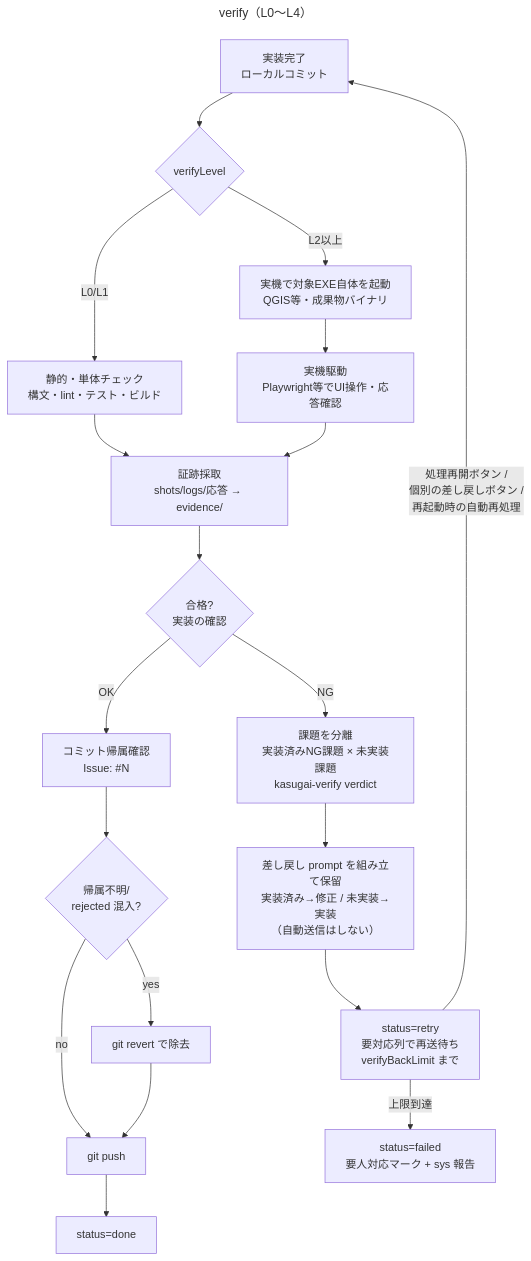
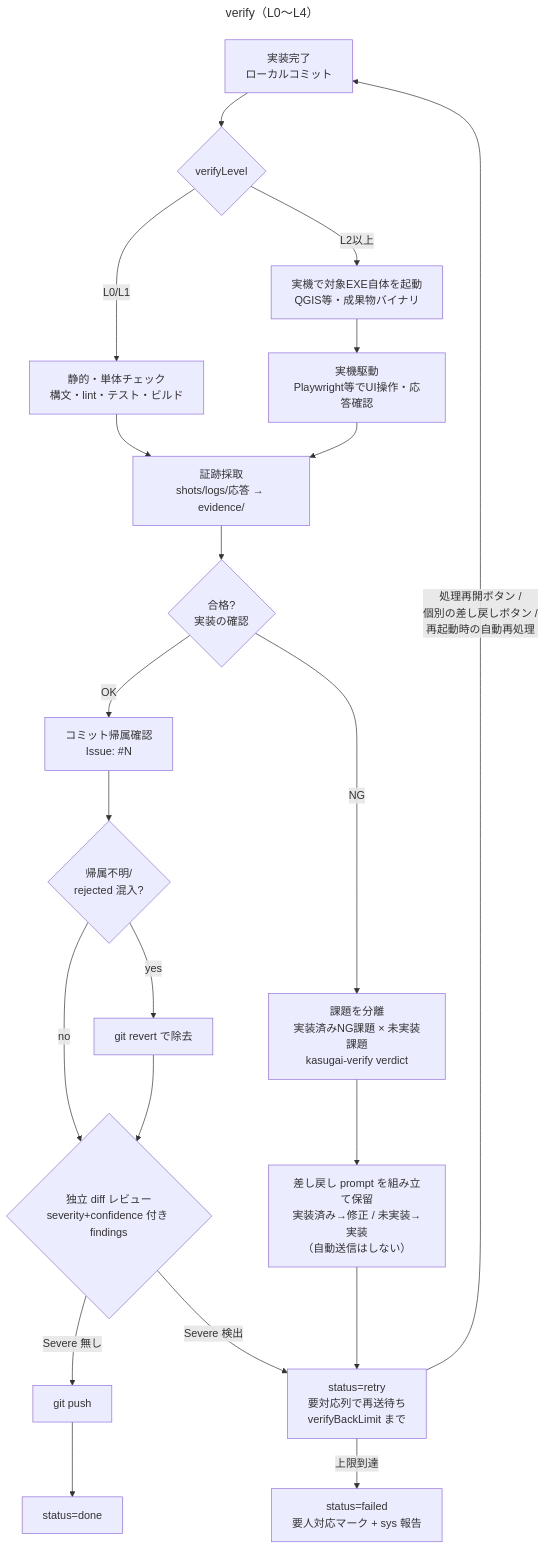
The diagram in diagrams/verify-levels.mmd (yamamoto-ryuzo/kasugai_agent), drawn with Mermaid before and after one commit. The commit also changed 15 other files, not shown here.

First line of the commit message:
品質強化: push 前の独立 diff レビュー（severity/confidence 付き批評パス。Severe で差し戻し）

```diff
--- a/diagrams/verify-levels.mmd
+++ b/diagrams/verify-levels.mmd
@@ -1,22 +1,24 @@
 ---
 title: verify（L0〜L4）
 ---
 flowchart TD
     IMPL[実装完了<br/>ローカルコミット] --> VL{verifyLevel}
     VL -->|L0/L1| STATIC[静的・単体チェック<br/>構文・lint・テスト・ビルド]
     VL -->|L2以上| LAUNCH[実機で対象EXE自体を起動<br/>QGIS等・成果物バイナリ]
     LAUNCH --> DRIVE[実機駆動<br/>Playwright等でUI操作・応答確認]
     STATIC --> EVID[証跡採取<br/>shots/logs/応答 → evidence/]
     DRIVE --> EVID
     EVID --> JUDGE{合格?<br/>実装の確認}
     JUDGE -->|OK| ATTRIB[コミット帰属確認<br/>Issue: #N]
     ATTRIB --> CLEAN{帰属不明/<br/>rejected 混入?}
     CLEAN -->|yes| REVERT[git revert で除去]
-    CLEAN -->|no| PUSH[git push]
-    REVERT --> PUSH
+    CLEAN -->|no| DREV{独立 diff レビュー<br/>severity+confidence 付き findings}
+    REVERT --> DREV
+    DREV -->|Severe 無し| PUSH[git push]
+    DREV -->|Severe 検出| RETRY
     PUSH --> DONE[status=done]
     JUDGE -->|NG| SEP[課題を分離<br/>実装済みNG課題 × 未実装課題<br/>kasugai-verify verdict]
     SEP --> BACK[差し戻し prompt を組み立て保留<br/>実装済み→修正 / 未実装→実装<br/>（自動送信はしない）]
     BACK --> RETRY[status=retry<br/>要対応列で再送待ち<br/>verifyBackLimit まで]
     RETRY -->|処理再開ボタン /<br/>個別の差し戻しボタン /<br/>再起動時の自動再処理| IMPL
     RETRY -->|上限到達| FAIL[status=failed<br/>要人対応マーク + sys 報告]
```
